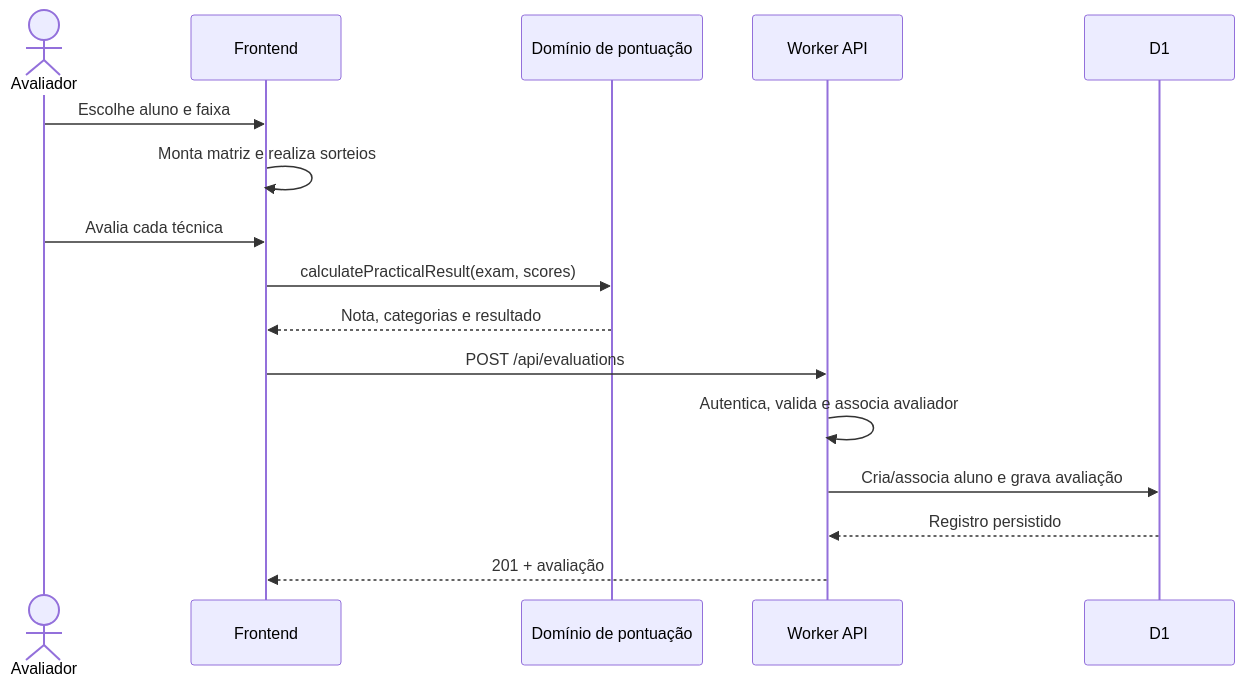
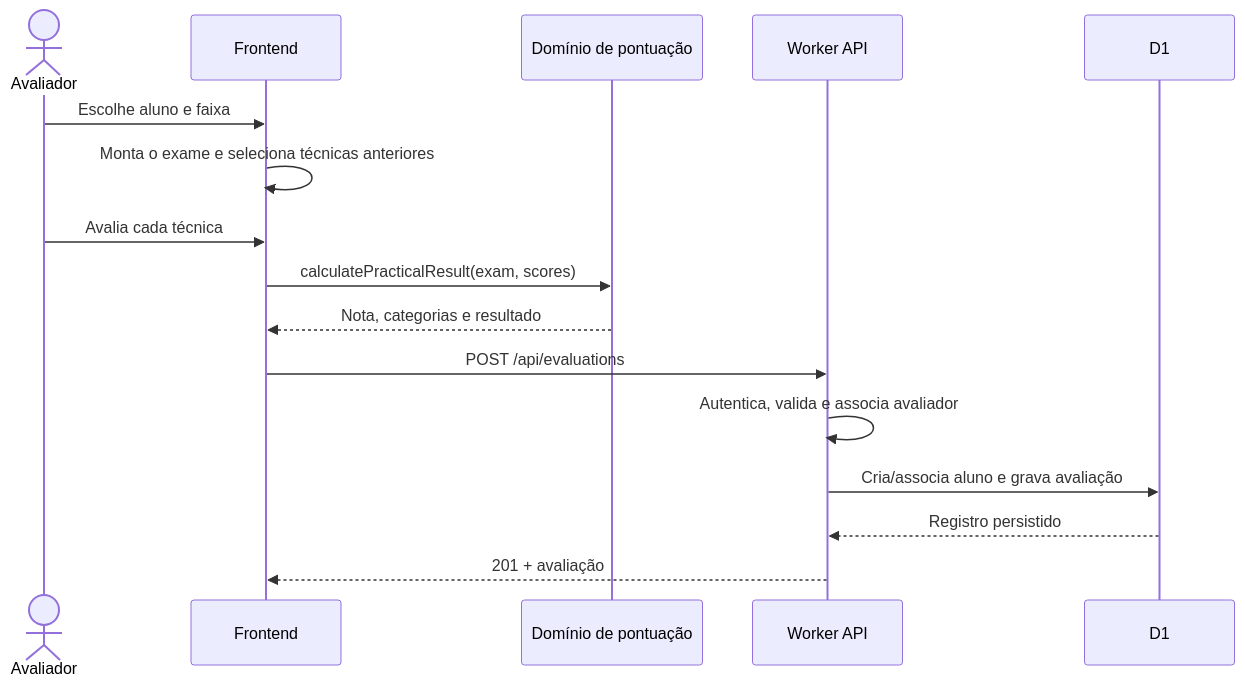
One commit to ArthurViniNunes/judo-exam-platform changed the third of 4 diagrams in docs/architecture/README.md. Above: the diagram before and after it, drawn with Mermaid. The commit also changed other lines of this file and 5 other files, not shown here.

````diff
--- a/docs/architecture/README.md
+++ b/docs/architecture/README.md
@@ -79,19 +78,19 @@
 ```mermaid
 sequenceDiagram
   actor A as Avaliador
   participant UI as Frontend
   participant D as Domínio de pontuação
   participant API as Worker API
   participant DB as D1
 
   A->>UI: Escolhe aluno e faixa
-  UI->>UI: Monta matriz e realiza sorteios
+  UI->>UI: Monta o exame e seleciona técnicas anteriores
   A->>UI: Avalia cada técnica
   UI->>D: calculatePracticalResult(exam, scores)
   D-->>UI: Nota, categorias e resultado
   UI->>API: POST /api/evaluations
   API->>API: Autentica, valida e associa avaliador
   API->>DB: Cria/associa aluno e grava avaliação
   DB-->>API: Registro persistido
   API-->>UI: 201 + avaliação
 ```
````
